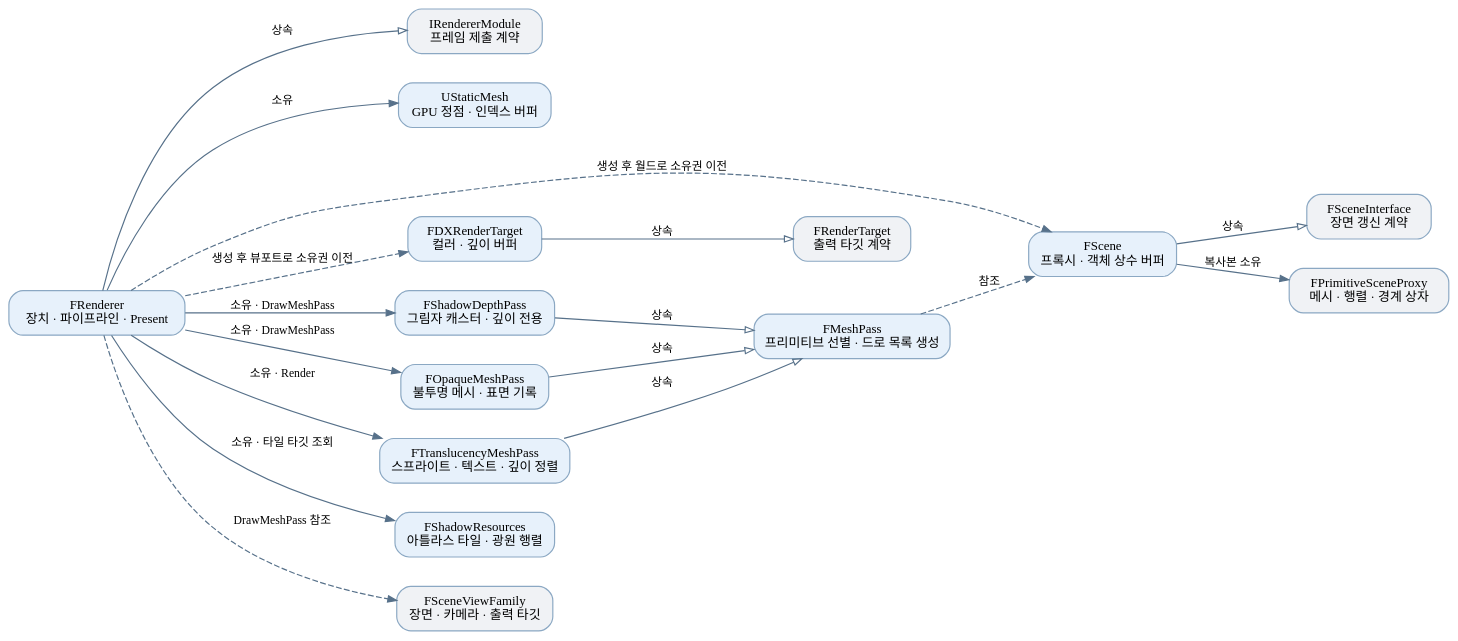
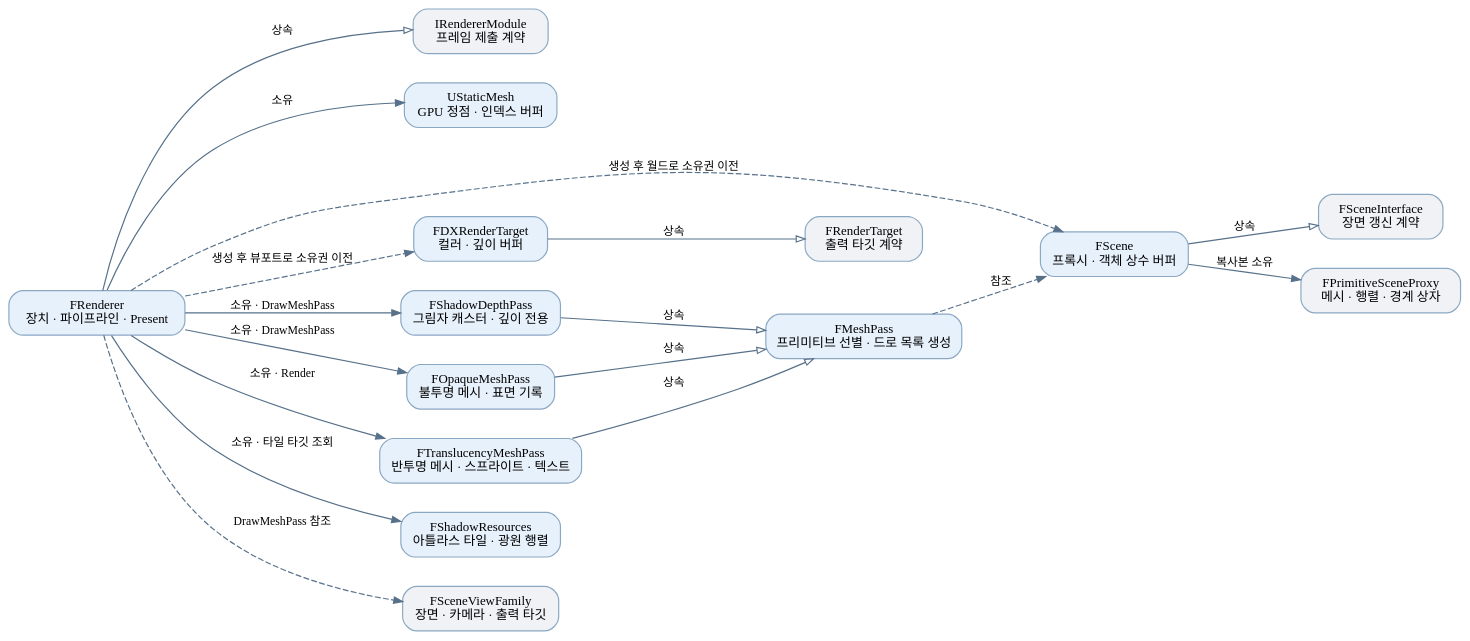
One commit to wewe231223/Macaw changed the diagram in Docs/Graphs/Renderer.dot. Above: the diagram before and after it, drawn with Graphviz. The commit also changed 19 other files, not shown here.

```diff
--- a/Docs/Graphs/Renderer.dot
+++ b/Docs/Graphs/Renderer.dot
@@ -1,35 +1,35 @@
 digraph Renderer {
     graph [rankdir=LR, bgcolor="transparent", fontname="Malgun Gothic", nodesep=0.35, ranksep=0.65, pad=0.2];
     node [shape=box, style="rounded,filled", fillcolor="#e7f1fb", color="#8ba8c3", fontname="Malgun Gothic", fontsize=11, margin="0.16,0.10"];
     edge [color="#57718a", fontname="Malgun Gothic", fontsize=10, arrowsize=0.75];
     Module [label="IRendererModule\n프레임 제출 계약", fillcolor="#f0f2f5"];
     Renderer [label="FRenderer\n장치 · 파이프라인 · Present"];
     Mesh [label="UStaticMesh\nGPU 정점 · 인덱스 버퍼"];
     Scene [label="FScene\n프록시 · 객체 상수 버퍼"];
     SceneInterface [label="FSceneInterface\n장면 갱신 계약", fillcolor="#f0f2f5"];
     Proxy [label="FPrimitiveSceneProxy\n메시 · 행렬 · 경계 상자", fillcolor="#f0f2f5"];
     Target [label="FDXRenderTarget\n컬러 · 깊이 버퍼"];
     TargetInterface [label="FRenderTarget\n출력 타깃 계약", fillcolor="#f0f2f5"];
     MeshPass [label="FMeshPass\n프리미티브 선별 · 드로 목록 생성"];
     ShadowDepthPass [label="FShadowDepthPass\n그림자 캐스터 · 깊이 전용"];
     OpaqueMeshPass [label="FOpaqueMeshPass\n불투명 메시 · 표면 기록"];
-    TranslucencyMeshPass [label="FTranslucencyMeshPass\n스프라이트 · 텍스트 · 깊이 정렬"];
+    TranslucencyMeshPass [label="FTranslucencyMeshPass\n반투명 메시 · 스프라이트 · 텍스트"];
     Shadow [label="FShadowResources\n아틀라스 타일 · 광원 행렬"];
     Family [label="FSceneViewFamily\n장면 · 카메라 · 출력 타깃", fillcolor="#f0f2f5"];
     Renderer -> Module [label="상속", arrowhead=empty];
     Renderer -> Mesh [label="소유"];
     Renderer -> ShadowDepthPass [label="소유 · DrawMeshPass"];
     Renderer -> OpaqueMeshPass [label="소유 · DrawMeshPass"];
     Renderer -> TranslucencyMeshPass [label="소유 · Render"];
     ShadowDepthPass -> MeshPass [label="상속", arrowhead=empty];
     OpaqueMeshPass -> MeshPass [label="상속", arrowhead=empty];
     TranslucencyMeshPass -> MeshPass [label="상속", arrowhead=empty];
     MeshPass -> Scene [label="참조", style=dashed];
     Renderer -> Shadow [label="소유 · 타일 타깃 조회"];
     Renderer -> Scene [label="생성 후 월드로 소유권 이전", style=dashed];
     Renderer -> Target [label="생성 후 뷰포트로 소유권 이전", style=dashed];
     Scene -> SceneInterface [label="상속", arrowhead=empty];
     Scene -> Proxy [label="복사본 소유"];
     Target -> TargetInterface [label="상속", arrowhead=empty];
     Renderer -> Family [label="DrawMeshPass 참조", style=dashed];
 }
```
